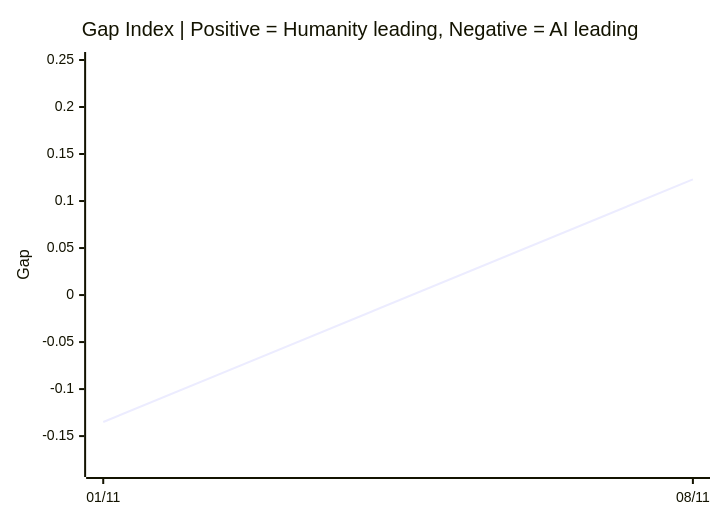
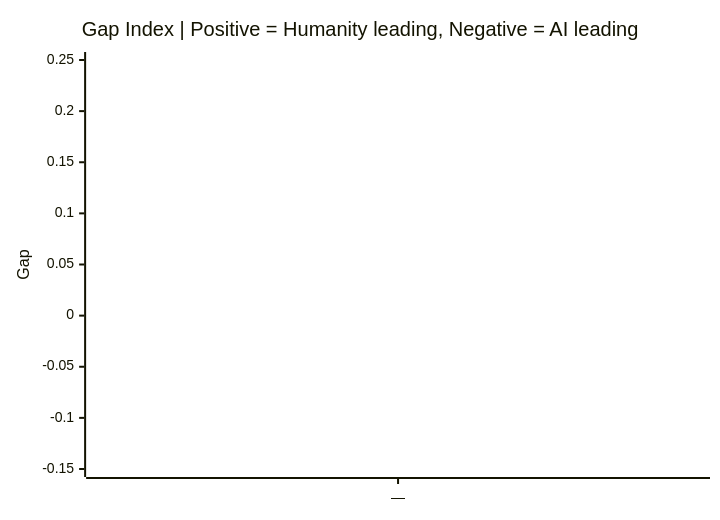
One commit to VQQLK/Human-AI-Monitor changed the second of 3 diagrams in README.md. Above: the diagram before and after it, drawn with Mermaid. The commit also changed other lines of this file and 2 other files, not shown here.

````diff
--- a/README.md
+++ b/README.md
@@ -45,7 +45,7 @@
 ```mermaid
 xychart-beta
     title "Gap Index | Positive = Humanity leading, Negative = AI leading"
-    x-axis ["01/11", "08/11"]
-    y-axis "Gap" -0.185 --> 0.250
-    line [-0.135, 0.123]
+    x-axis ["—"]
+    y-axis "Gap" -0.150 --> 0.250
+    line [0]
 ```
````
